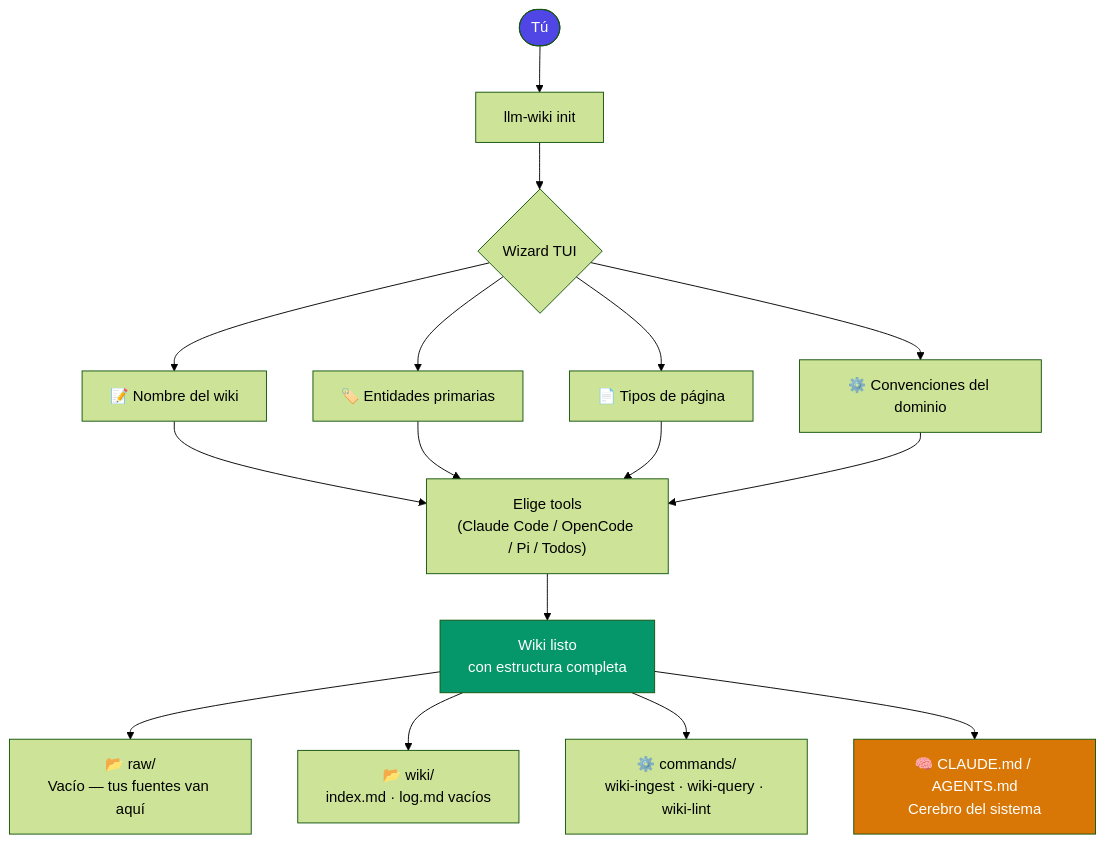
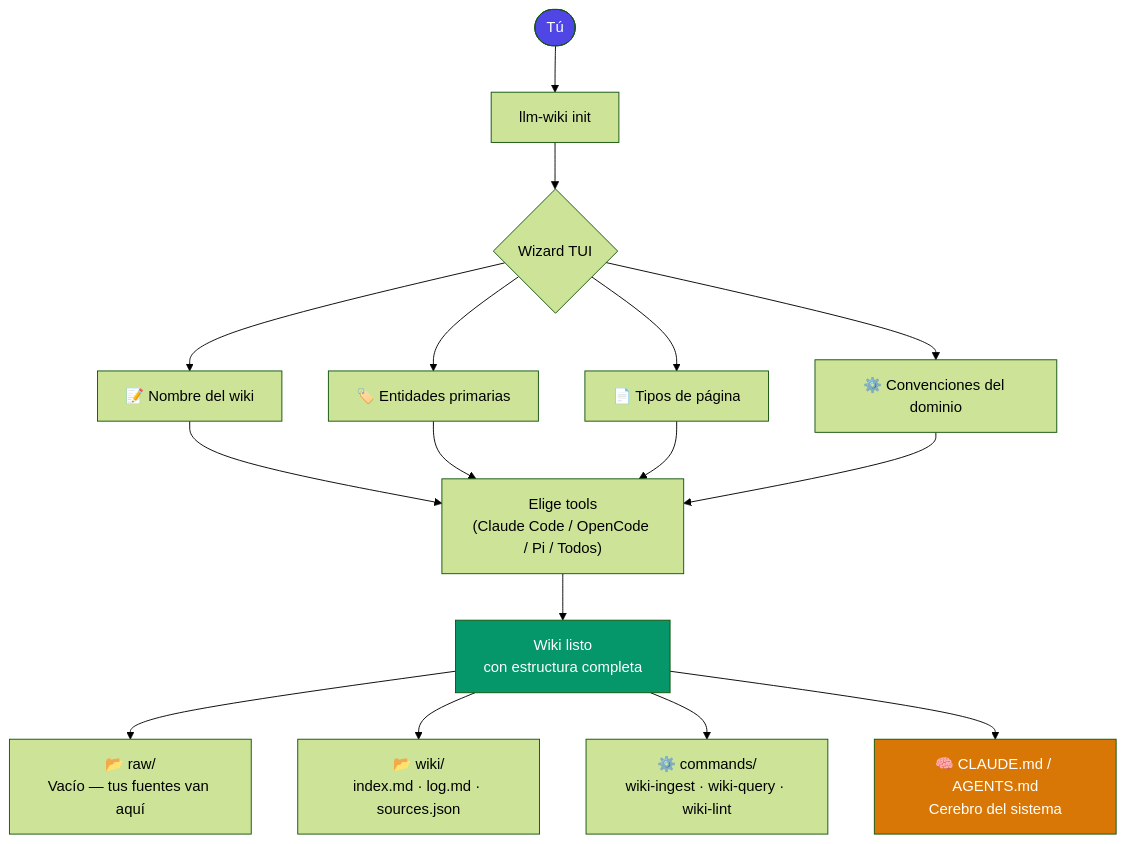
The first of 2 diagrams in README.md (DavDaz/llm-wiki-template), drawn with Mermaid (forest theme) before and after one commit. The commit also changed other lines of this file and 7 other files, not shown here.

````diff
--- a/README.md
+++ b/README.md
@@ -85,23 +85,23 @@
 ```mermaid
 flowchart TD
     A([Tú]) --> B["llm-wiki init"]
 
     B --> D{"Wizard TUI"}
     D --> D1["📝 Nombre del wiki"]
     D --> D2["🏷️ Entidades primarias"]
     D --> D3["📄 Tipos de página"]
     D --> D4["⚙️ Convenciones del dominio"]
 
     D1 & D2 & D3 & D4 --> E["Elige tools\n(Claude Code / OpenCode / Pi / Todos)"]
 
     E --> F["Wiki listo\ncon estructura completa"]
 
     F --> G["📂 raw/\nVacío — tus fuentes van aquí"]
-    F --> H["📂 wiki/\nindex.md · log.md vacíos"]
+    F --> H["📂 wiki/\nindex.md · log.md · sources.json"]
     F --> I["⚙️ commands/\nwiki-ingest · wiki-query · wiki-lint"]
     F --> J["🧠 CLAUDE.md / AGENTS.md\nCerebro del sistema"]
 
     style A fill:#4f46e5,color:#fff
     style F fill:#059669,color:#fff
     style J fill:#d97706,color:#fff
 ```
````
